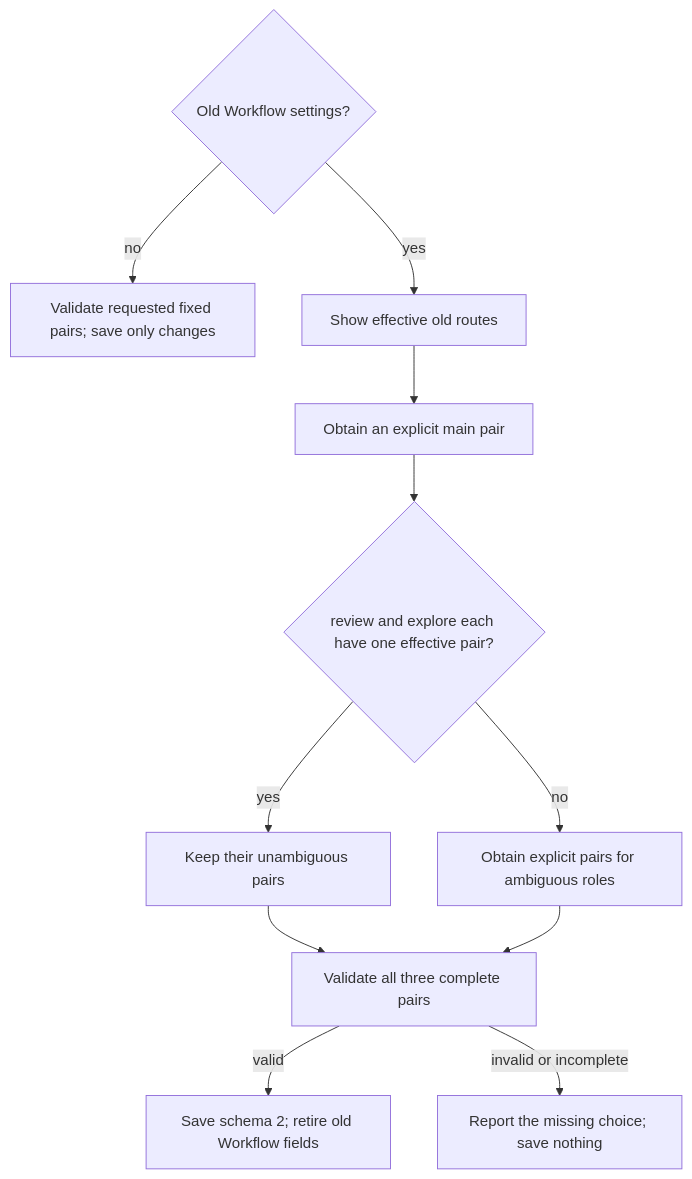
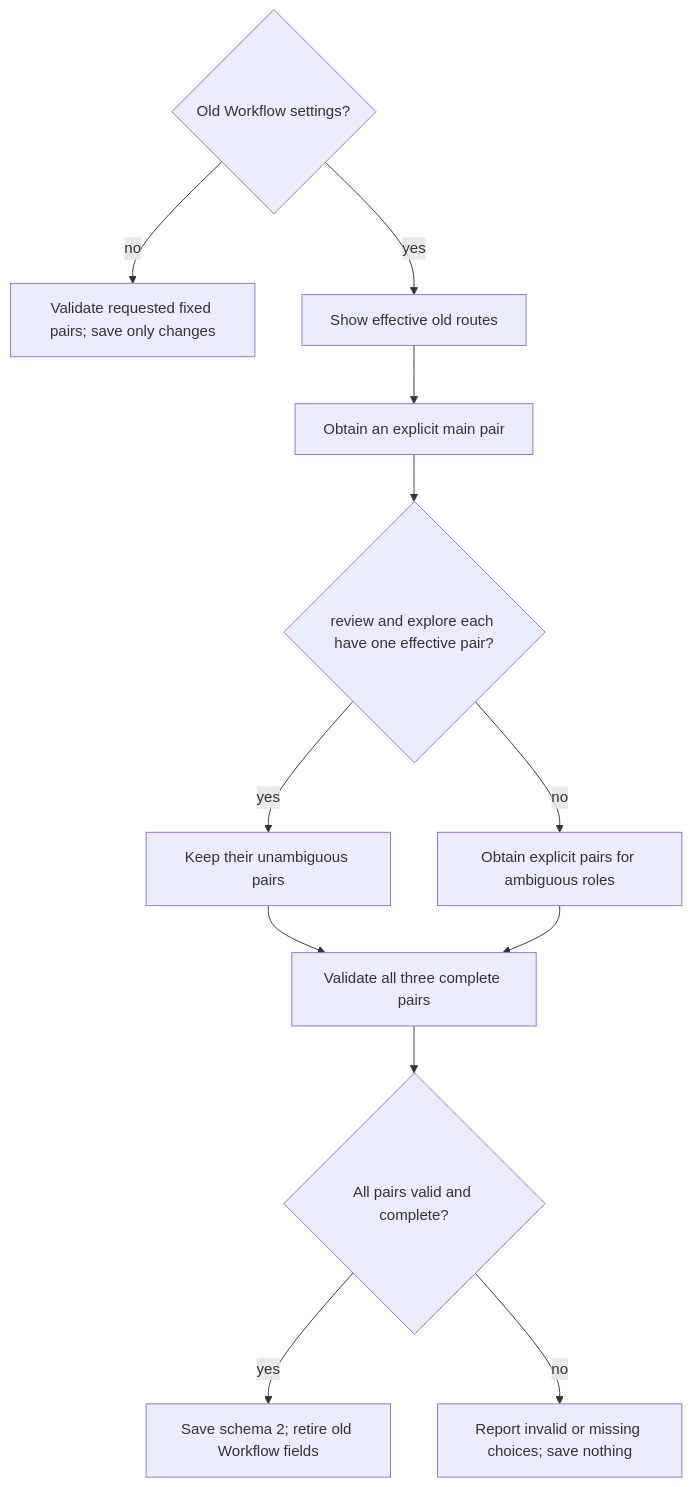
One commit to benjaminstelzer/scoville-suite-for-codex-mainloop changed the diagram in members/scoville-setup/scoville-setup/SKILL.md. Above: the diagram before and after it, drawn with Mermaid. The commit also changed other lines of this file and 251 other files, not shown here.

````diff
--- a/members/scoville-setup/scoville-setup/SKILL.md
+++ b/members/scoville-setup/scoville-setup/SKILL.md
@@ -52,14 +56,15 @@
 ```mermaid
 flowchart TD
   old{"Old Workflow settings?"}
   old -->|no| fixed["Validate requested fixed pairs; save only changes"]
   old -->|yes| show["Show effective old routes"]
   show --> main["Obtain an explicit main pair"]
   main --> unique{"review and explore each have one effective pair?"}
   unique -->|yes| inherit["Keep their unambiguous pairs"]
   unique -->|no| choose["Obtain explicit pairs for ambiguous roles"]
   inherit --> validate["Validate all three complete pairs"]
   choose --> validate
-  validate -->|valid| save["Save schema 2; retire old Workflow fields"]
-  validate -->|invalid or incomplete| stop["Report the missing choice; save nothing"]
+  validate --> valid{"All pairs valid and complete?"}
+  valid -->|yes| save["Save schema 2; retire old Workflow fields"]
+  valid -->|no| stop["Report invalid or missing choices; save nothing"]
 ```
````
